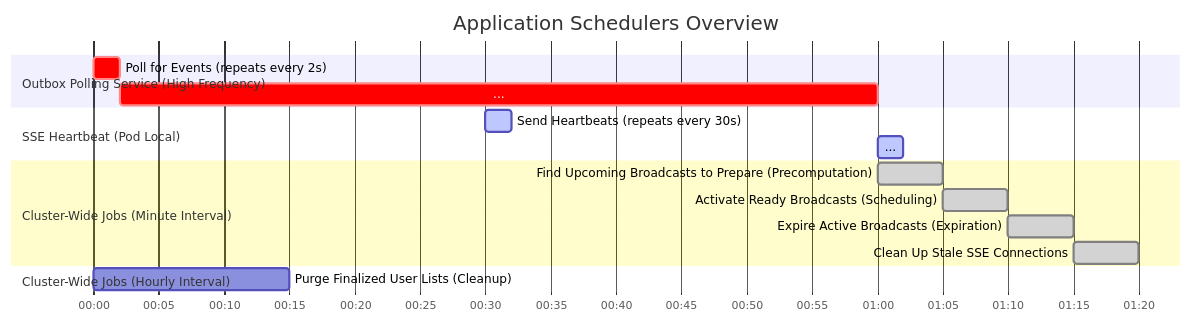
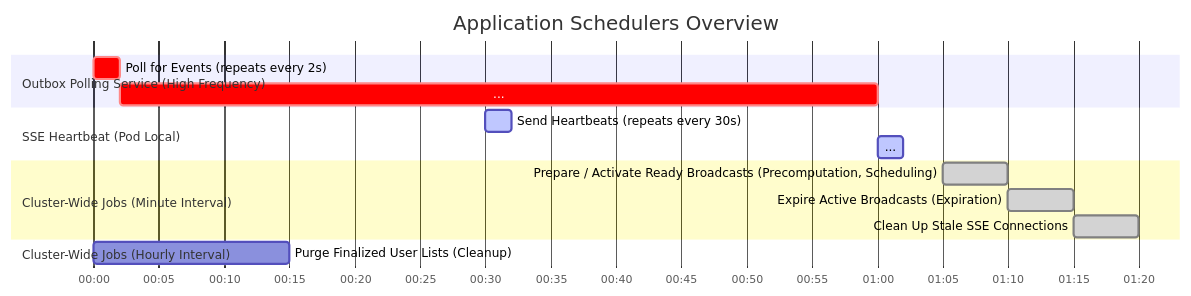
One commit to rsrini7/Notification-SSE-GLM-Flux changed the diagram in MermaidDiagrams/gantt-schedulers.mmd. Above: the diagram before and after it, drawn with Mermaid. The commit also changed 10 other files, not shown here.

First line of the commit message:
refactor(diagrams): update mermaid diagrams to reflect architectural changes

```diff
--- a/MermaidDiagrams/gantt-schedulers.mmd
+++ b/MermaidDiagrams/gantt-schedulers.mmd
@@ -1,21 +1,20 @@
 gantt
     title Application Schedulers Overview
     dateFormat  HH:mm:ss
     axisFormat  %M:%S
 
     section Outbox Polling Service (High Frequency)
     Poll for Events (repeats every 2s) :crit, 00:00:00, 2s
     ...                            :crit, 00:00:02, 58s
 
     section SSE Heartbeat (Pod Local)
     Send Heartbeats (repeats every 30s) :active, 00:00:30, 2s
     ...                                 :active, 00:01:00, 2s
 
     section Cluster-Wide Jobs (Minute Interval)
-    Find Upcoming Broadcasts to Prepare (Precomputation)  :done, 00:01:00, 5s
-    Activate Ready Broadcasts (Scheduling)                :done, 00:01:05, 5s
+    Prepare / Activate Ready Broadcasts (Precomputation, Scheduling)                :done, 00:01:05, 5s
     Expire Active Broadcasts (Expiration)                 :done, 00:01:10, 5s
     Clean Up Stale SSE Connections                        :done, 00:01:15, 5s
 
     section Cluster-Wide Jobs (Hourly Interval)
     Purge Finalized User Lists (Cleanup)                  : 00:00:00, 15s
```
